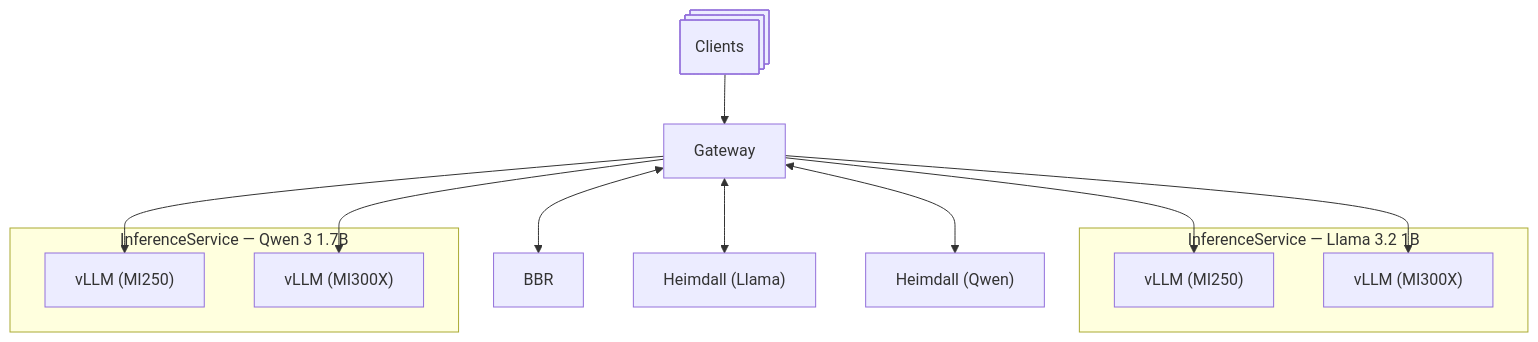
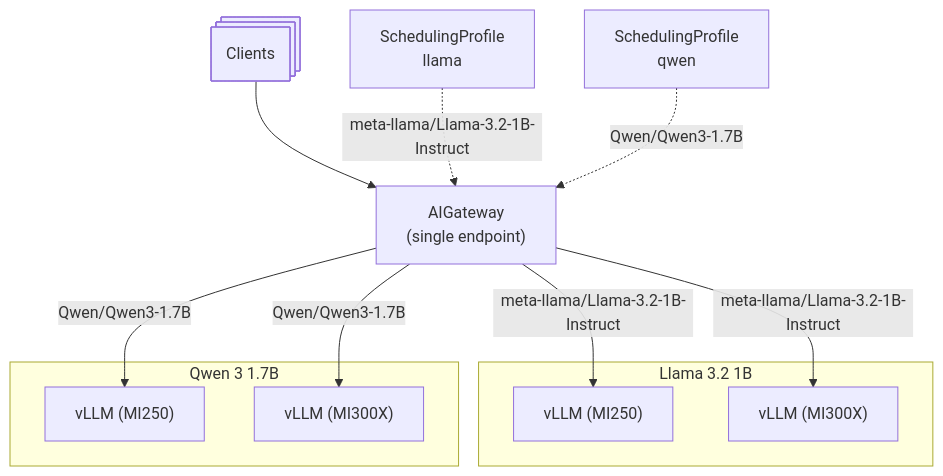
One commit to moreh-dev/mif changed the diagram in website/docs/operations/multi-model.mdx. Above: the diagram before and after it, drawn with Mermaid. The commit also changed other lines of this file and 17 other files, not shown here.

First line of the commit message:
MAF-20256: docs(website): align feature, multi-model, and monitoring docs with the AIGateway architecture (#145)

````diff
--- a/website/docs/operations/multi-model.mdx
+++ b/website/docs/operations/multi-model.mdx
@@ -23,19 +21,18 @@
 ```mermaid
 graph TB
-    clients@{ shape: procs, label: "Clients" } --> gateway[Gateway]
-    gateway <--> bbr[BBR]
-    gateway <--> heimdall_llama["Heimdall (Llama)"]
-    gateway <--> heimdall_qwen["Heimdall (Qwen)"]
-    subgraph isvc_llama["InferenceService — Llama 3.2 1B"]
+    clients@{ shape: procs, label: "Clients" } --> gateway["AIGateway<br>(single endpoint)"]
+    sp_llama["SchedulingProfile<br>llama"] -. "meta-llama/Llama-3.2-1B-Instruct" .-> gateway
+    sp_qwen["SchedulingProfile<br>qwen"] -. "Qwen/Qwen3-1.7B" .-> gateway
+    subgraph isvc_llama["Llama 3.2 1B"]
       llama_mi250["vLLM (MI250)"]
       llama_mi300x["vLLM (MI300X)"]
     end
-    subgraph isvc_qwen["InferenceService — Qwen 3 1.7B"]
+    subgraph isvc_qwen["Qwen 3 1.7B"]
       qwen_mi250["vLLM (MI250)"]
       qwen_mi300x["vLLM (MI300X)"]
     end
-    gateway --> llama_mi250
-    gateway --> llama_mi300x
-    gateway --> qwen_mi250
-    gateway --> qwen_mi300x
+    gateway -->|"meta-llama/Llama-3.2-1B-Instruct"| llama_mi250
+    gateway -->|"meta-llama/Llama-3.2-1B-Instruct"| llama_mi300x
+    gateway -->|"Qwen/Qwen3-1.7B"| qwen_mi250
+    gateway -->|"Qwen/Qwen3-1.7B"| qwen_mi300x
 ```
````
